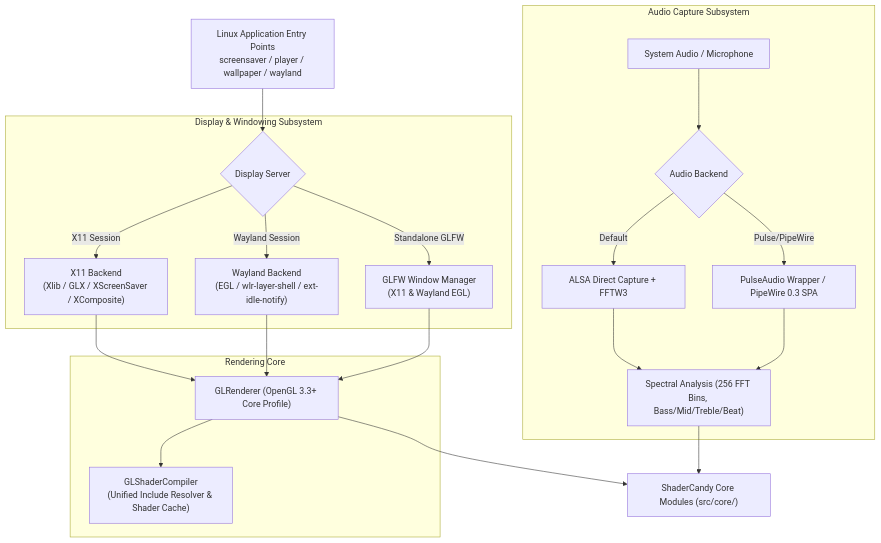
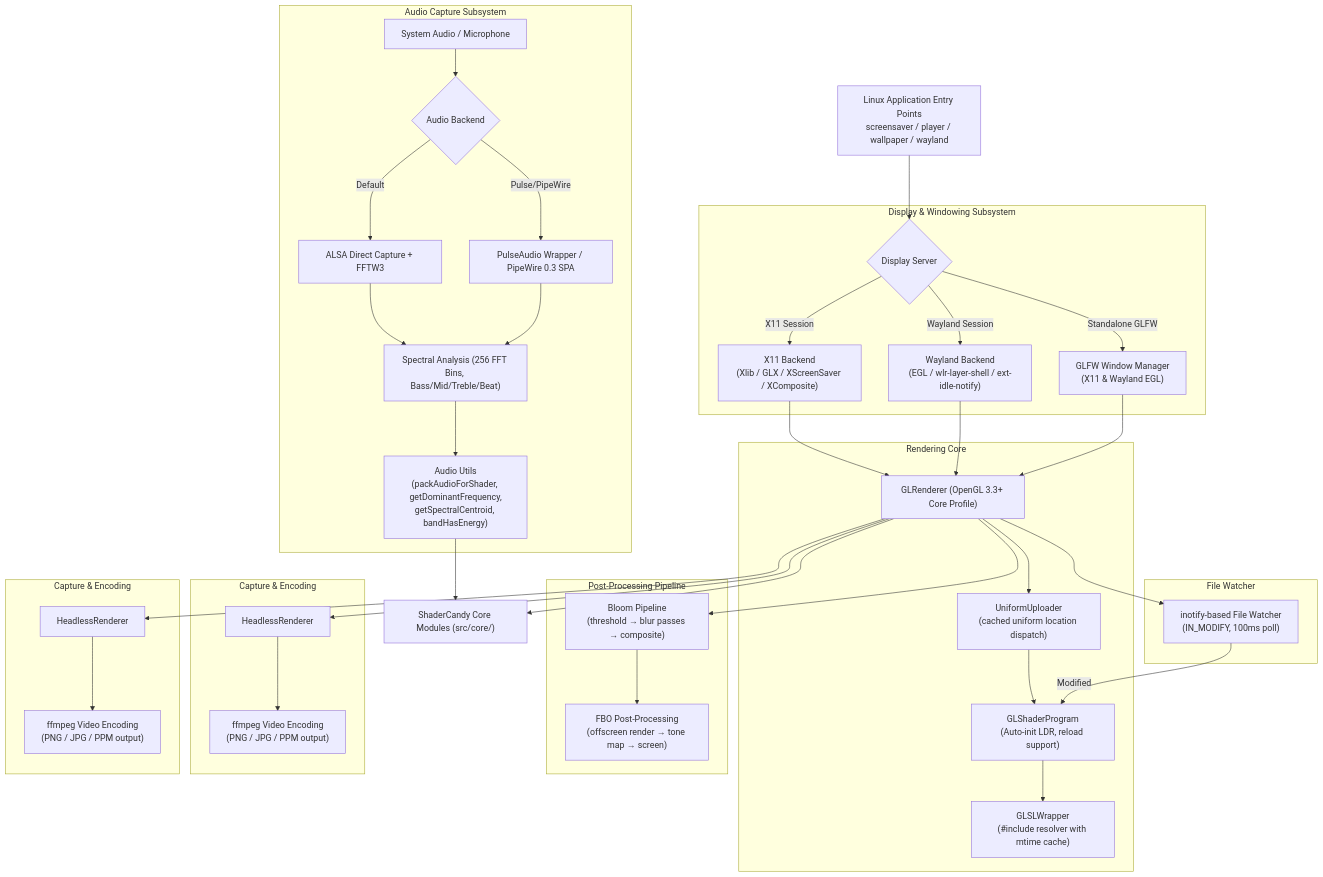
Before and after one commit to 23skdu/ShaderCandy: the diagram in docs/LinuxFeatures.md, drawn with Mermaid. The commit also changed other lines of this file and 11 other files, not shown here.

````diff
--- a/docs/LinuxFeatures.md
+++ b/docs/LinuxFeatures.md
@@ -11,24 +11,47 @@
 ```mermaid
 flowchart TD
     App[Linux Application Entry Points\nscreensaver / player / wallpaper / wayland] --> DisplaySelect{Display Server}
 
     subgraph "Display & Windowing Subsystem"
         DisplaySelect -->|X11 Session| X11["X11 Backend\n(Xlib / GLX / XScreenSaver / XComposite)"]
         DisplaySelect -->|Wayland Session| WL["Wayland Backend\n(EGL / wlr-layer-shell / ext-idle-notify)"]
         DisplaySelect -->|Standalone GLFW| GLFW["GLFW Window Manager\n(X11 & Wayland EGL)"]
     end
 
     subgraph "Rendering Core"
         X11 & WL & GLFW --> GL["GLRenderer (OpenGL 3.3+ Core Profile)"]
-        GL --> Prog["GLShaderCompiler\n(Unified Include Resolver & Shader Cache)"]
+        GL --> UL["UniformUploader\n(cached uniform location dispatch)"]
+        UL --> Prog["GLShaderProgram\n(Auto-init LDR, reload support)"]
+        Prog --> GLSL["GLSLWrapper\n(#include resolver with mtime cache)"]
+    end
+
+    subgraph "Post-Processing Pipeline"
+        GL --> Bloom["Bloom Pipeline\n(threshold → blur passes → composite)"]
+        Bloom --> FBO["FBO Post-Processing\n(offscreen render → tone map → screen)"]
+    end
+
+    subgraph "File Watcher"
+        GL --> Watcher["inotify-based File Watcher\n(IN_MODIFY, 100ms poll)"]
+        Watcher -->|Modified| Prog
+    end
+
+    subgraph "Capture & Encoding"
+        GL --> HR["HeadlessRenderer"]
+        HR --> Ffmpeg["ffmpeg Video Encoding\n(PNG / JPG / PPM output)"]
+    end
+
+    subgraph "Capture & Encoding"
+        GL --> HR2["HeadlessRenderer"]
+        HR2 --> Ffmpeg2["ffmpeg Video Encoding\n(PNG / JPG / PPM output)"]
     end
 
     subgraph "Audio Capture Subsystem"
         Audio["System Audio / Microphone"] --> AudioChoice{Audio Backend}
         AudioChoice -->|Default| ALSA["ALSA Direct Capture + FFTW3"]
         AudioChoice -->|Pulse/PipeWire| PW["PulseAudio Wrapper / PipeWire 0.3 SPA"]
         ALSA & PW --> FFT["Spectral Analysis (256 FFT Bins, Bass/Mid/Treble/Beat)"]
+        FFT --> AU["Audio Utils\n(packAudioForShader, getDominantFrequency,\ngetSpectralCentroid, bandHasEnergy)"]
     end
 
-    GL & FFT --> Core["ShaderCandy Core Modules (src/core/)"]
+    GL & AU --> Core["ShaderCandy Core Modules (src/core/)"]
 ```
````
